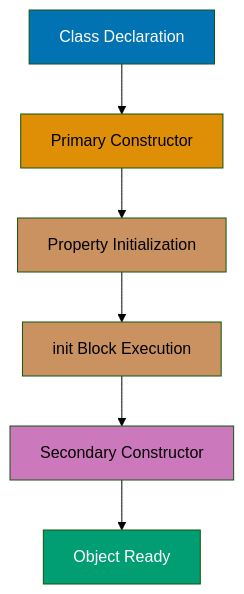
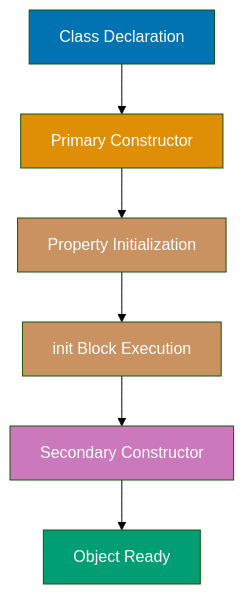
Before and after one commit to wahidyankf/open-sharia-enterprise: the fourth of 9 diagrams in apps/ayokoding-web/content/en/learn/software-engineering/programming-languages/kotlin/by-example/beginner.md, drawn with Mermaid (forest theme). The commit also changed other lines of this file and 61 other files, not shown here.

First line of the commit message:
fix(ayokoding-web): quote Mermaid node labels with special characters in Example 63

````diff
--- a/apps/ayokoding-web/content/en/learn/software-engineering/programming-languages/kotlin/by-example/beginner.md
+++ b/apps/ayokoding-web/content/en/learn/software-engineering/programming-languages/kotlin/by-example/beginner.md
@@ -1014,16 +1014,16 @@
 ```mermaid
 %% Class instantiation flow
 graph TD
     A[Class Declaration] --> B[Primary Constructor]
     B --> C[Property Initialization]
     C --> D[init Block Execution]
     D --> E[Secondary Constructor]
     E --> F[Object Ready]
 
     style A fill:#0173B2,color:#fff
-    style B fill:#DE8F05,color:#000
-    style C fill:#CA9161,color:#000
-    style D fill:#CA9161,color:#000
-    style E fill:#CC78BC,color:#000
+    style B fill:#DE8F05,color:#fff
+    style C fill:#CA9161,color:#fff
+    style D fill:#CA9161,color:#fff
+    style E fill:#CC78BC,color:#fff
     style F fill:#029E73,color:#fff
 ```
````
